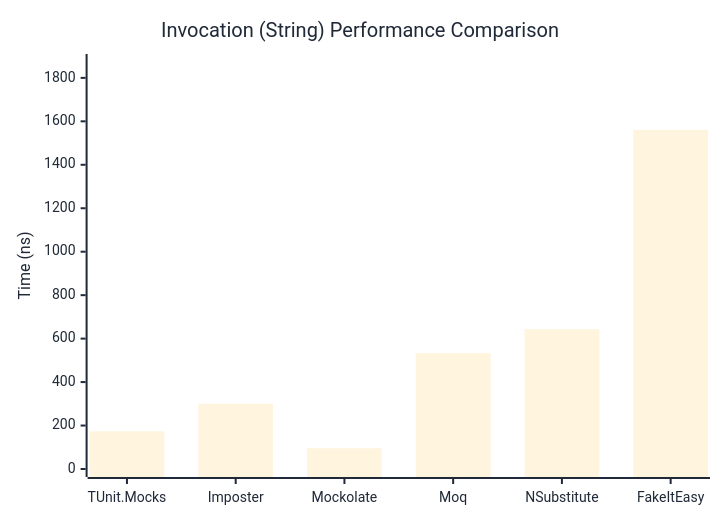
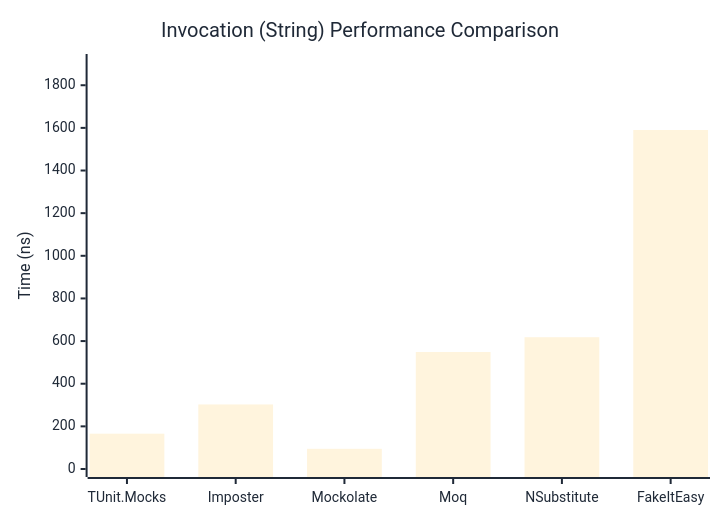
Before and after one commit to thomhurst/TUnit: the second of 3 diagrams in docs/docs/benchmarks/mocks/Invocation.md, drawn with Mermaid. The commit also changed other lines of this file and 14 other files, not shown here.

````diff
--- a/docs/docs/benchmarks/mocks/Invocation.md
+++ b/docs/docs/benchmarks/mocks/Invocation.md
@@ -71,27 +71,27 @@
 ```mermaid
 %%{init: {
   'theme':'base',
   'themeVariables': {
     'primaryColor': '#2563eb',
     'primaryTextColor': '#1f2937',
     'primaryBorderColor': '#1e40af',
     'lineColor': '#6b7280',
     'secondaryColor': '#7c3aed',
     'tertiaryColor': '#dc2626',
     'background': '#ffffff',
     'pie1': '#2563eb',
     'pie2': '#7c3aed',
     'pie3': '#dc2626',
     'pie4': '#f59e0b',
     'pie5': '#10b981',
     'pie6': '#06b6d4',
     'pie7': '#ec4899',
     'pie8': '#6366f1'
   }
 }}%%
 xychart-beta
   title "Invocation (String) Performance Comparison"
   x-axis ["TUnit.Mocks", "Imposter", "Mockolate", "Moq", "NSubstitute", "FakeItEasy"]
-  y-axis "Time (ns)" 0 --> 1873
-  bar [173.15, 300.49, 95.41, 533.48, 642.95, 1560.8]
+  y-axis "Time (ns)" 0 --> 1909
+  bar [165.67, 302.82, 94.65, 548.76, 618.12, 1590.17]
 ```
````
